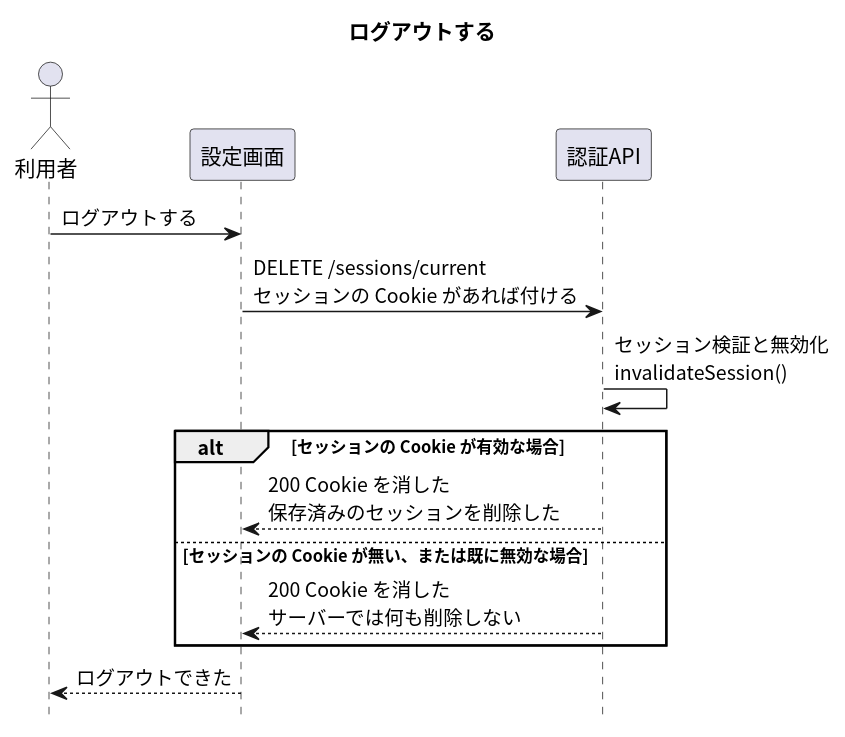
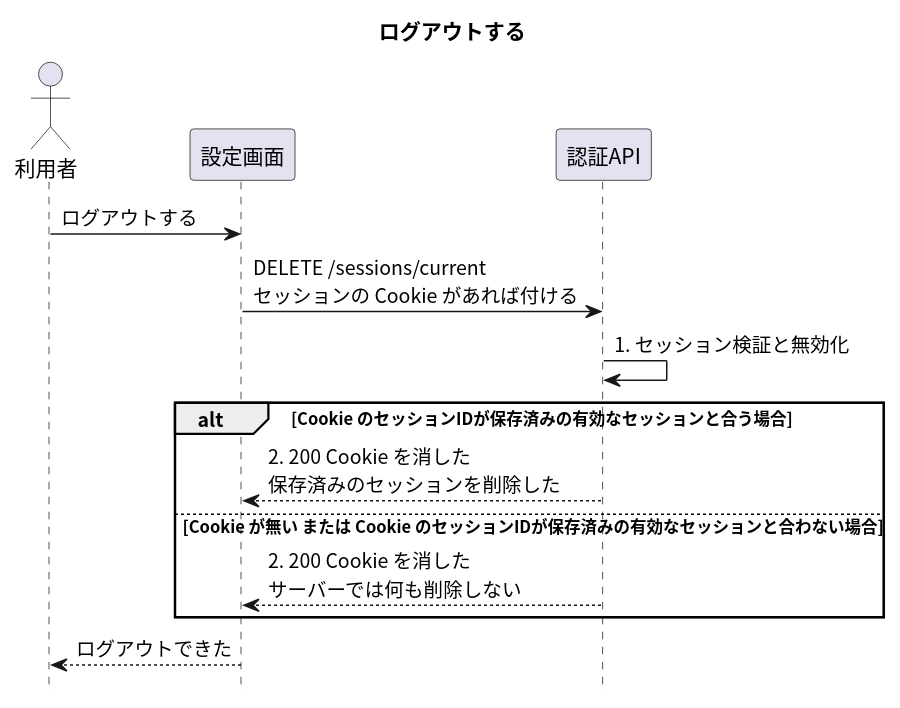
One commit to masamasamasato/design-doc-template changed the diagram in apis/logout/入口.puml. Above: the diagram before and after it, drawn with PlantUML. The commit also changed 40 other files, not shown here.

```diff
--- a/apis/logout/入口.puml
+++ b/apis/logout/入口.puml
@@ -1,23 +1,23 @@
 @startuml
 skinparam shadowing false
 skinparam defaultFontName "Noto Sans CJK JP"
 skinparam SequenceFontName "Noto Sans CJK JP"
 skinparam NoteBackgroundColor #FFFFCC
 hide footbox
 
 title ログアウトする
 
 actor "利用者" as User
 participant "設定画面" as Screen
 participant "認証API" as API
 
 User -> Screen : ログアウトする
 Screen -> API : DELETE /sessions/current\nセッションの Cookie があれば付ける
-API -> API : セッション検証と無効化\ninvalidateSession()
-alt セッションの Cookie が有効な場合
-  API --> Screen : 200 Cookie を消した\n保存済みのセッションを削除した
-else セッションの Cookie が無い、または既に無効な場合
-  API --> Screen : 200 Cookie を消した\nサーバーでは何も削除しない
+API -> API : 1. セッション検証と無効化
+alt Cookie のセッションIDが保存済みの有効なセッションと合う場合
+  API --> Screen : 2. 200 Cookie を消した\n保存済みのセッションを削除した
+else Cookie が無い または Cookie のセッションIDが保存済みの有効なセッションと合わない場合
+  API --> Screen : 2. 200 Cookie を消した\nサーバーでは何も削除しない
 end
 Screen --> User : ログアウトできた
 @enduml
```
